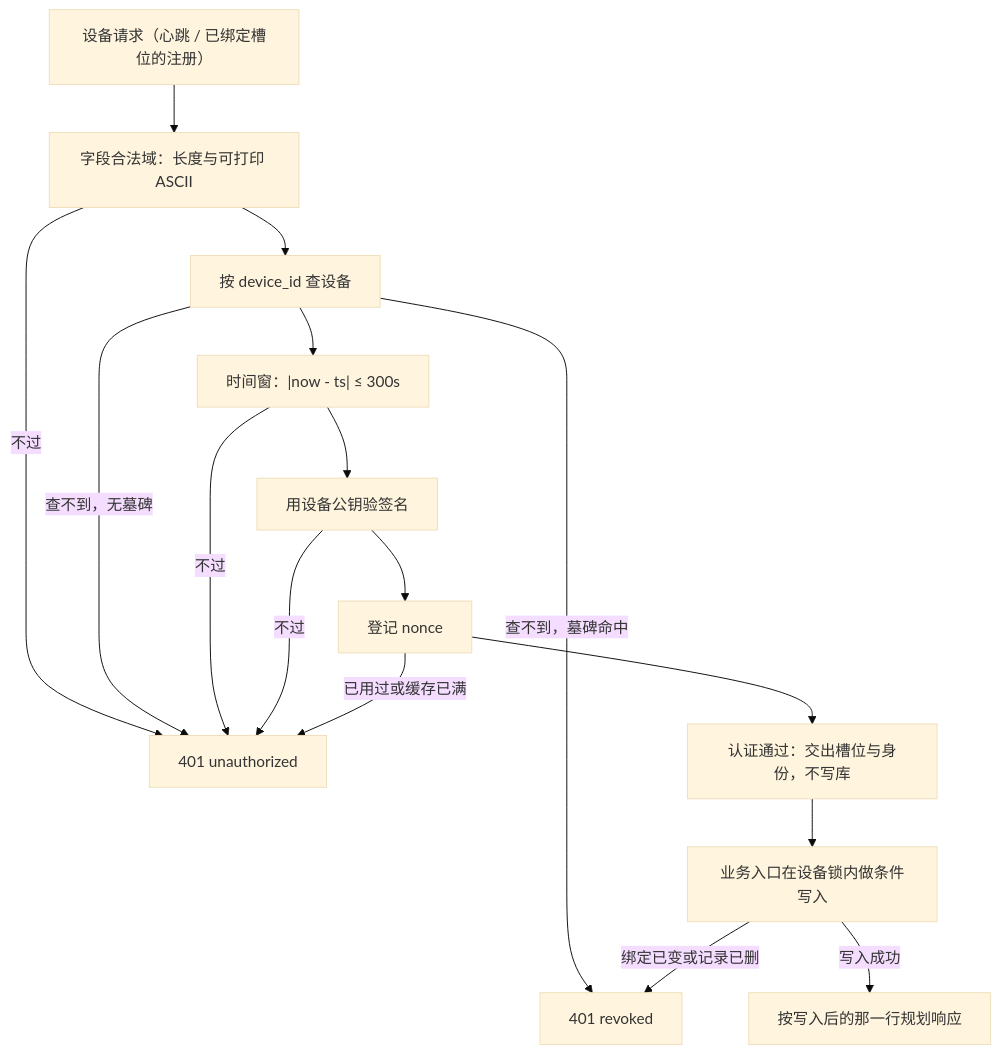
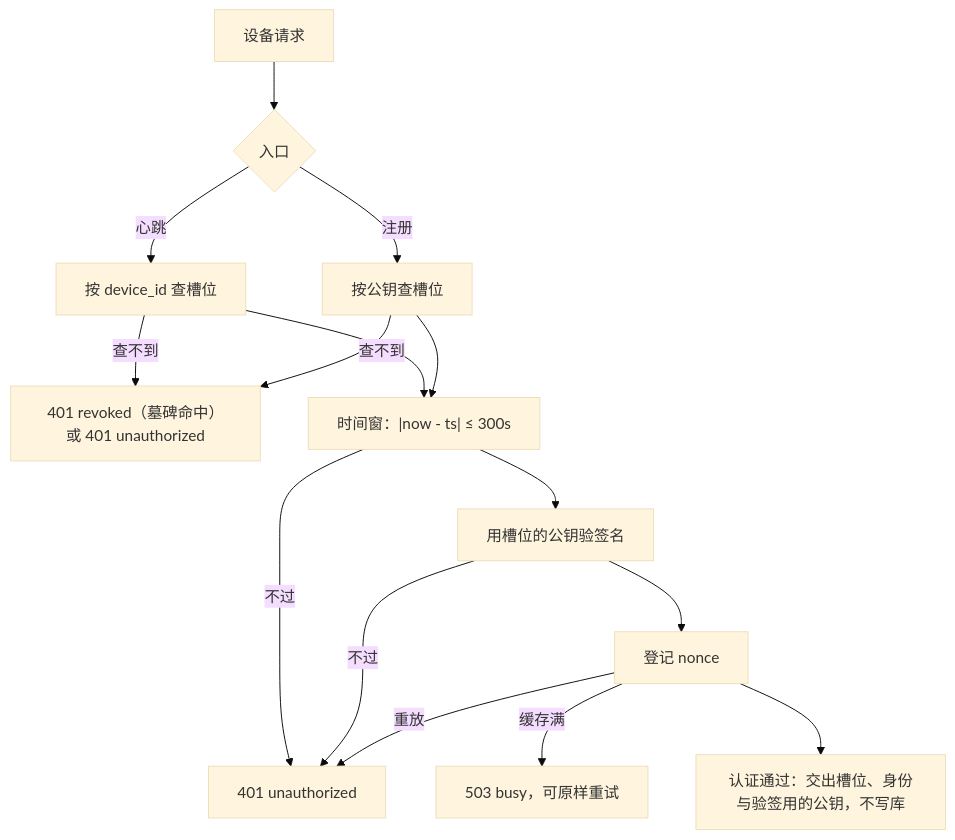
The fourth of 6 diagrams in docs/states.md (hm-service/mesh-server), drawn with Mermaid (base theme) before and after one commit. The commit also changed other lines of this file and 33 other files, not shown here.

````diff
--- a/docs/states.md
+++ b/docs/states.md
@@ -145,18 +152,17 @@
 ```mermaid
 flowchart TD
-  A["设备请求（心跳 / 已绑定槽位的注册）"] --> B["字段合法域：长度与可打印 ASCII"]
-  B -- 不过 --> Z["401 unauthorized"]
-  B --> C["按 device_id 查设备"]
-  C -- 查不到，墓碑命中 --> Y["401 revoked"]
-  C -- 查不到，无墓碑 --> Z
-  C --> D["时间窗：|now - ts| ≤ 300s"]
-  D -- 不过 --> Z
-  D --> E["用设备公钥验签名"]
-  E -- 不过 --> Z
-  E --> F["登记 nonce"]
-  F -- 已用过或缓存已满 --> Z
-  F --> G["认证通过：交出槽位与身份，不写库"]
-  G --> H["业务入口在设备锁内做条件写入"]
-  H -- 绑定已变或记录已删 --> Y
-  H -- 写入成功 --> I["按写入后的那一行规划响应"]
+  A["设备请求"] --> B{"入口"}
+  B -- 心跳 --> C["按 device_id 查槽位"]
+  B -- 注册 --> D["按公钥查槽位"]
+  C -- 查不到 --> R["401 revoked（墓碑命中）或 401 unauthorized"]
+  D -- 查不到 --> R
+  C --> E["时间窗：|now - ts| ≤ 300s"]
+  D --> E
+  E -- 不过 --> U["401 unauthorized"]
+  E --> F["用槽位的公钥验签名"]
+  F -- 不过 --> U
+  F --> G["登记 nonce"]
+  G -- 重放 --> U
+  G -- 缓存满 --> S["503 busy，可原样重试"]
+  G --> H["认证通过：交出槽位、身份与验签用的公钥，不写库"]
 ```
````
